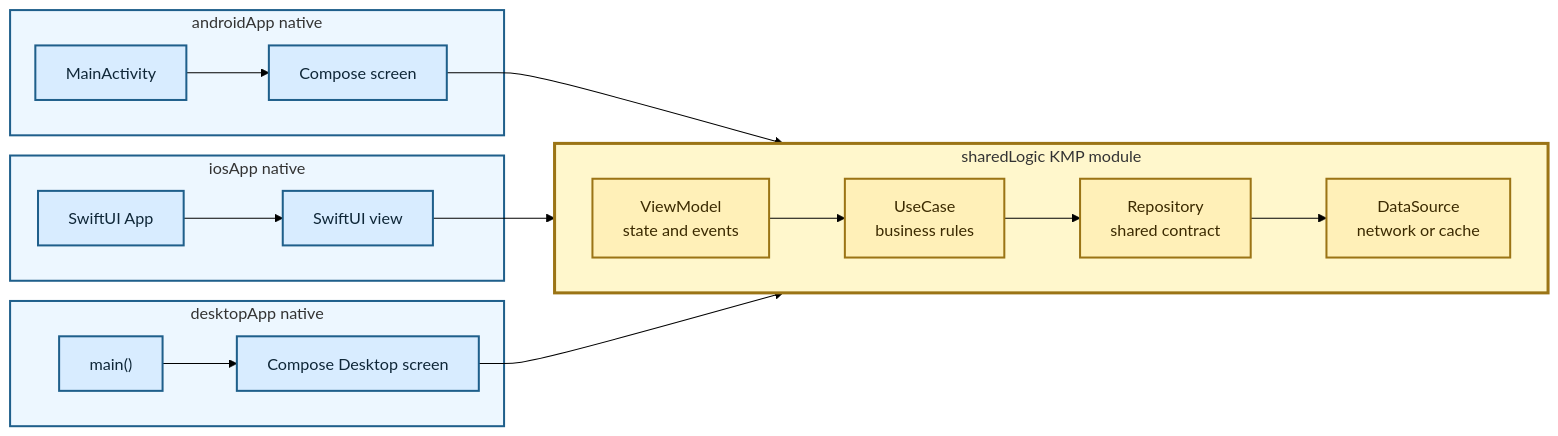
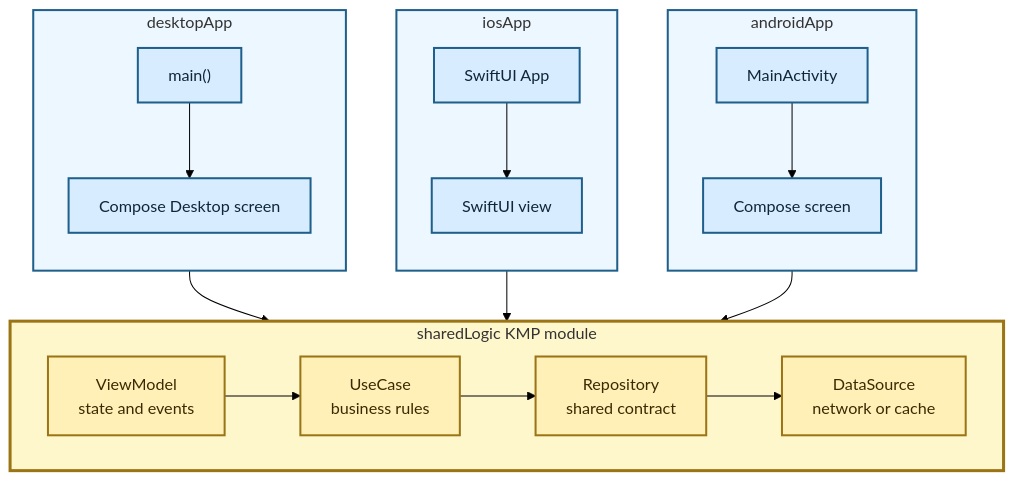
Before and after one commit to TheSetox/kmp-sample-diagrams: the diagram in diagrams/02-kmp-native-ui.md, drawn with Mermaid (forest theme). The commit also changed 19 other files, not shown here.

Commit message:
docs: align platform diagram boxes

````diff
--- a/diagrams/02-kmp-native-ui.md
+++ b/diagrams/02-kmp-native-ui.md
@@ -5,42 +5,45 @@
 ```mermaid
-flowchart LR
-  subgraph Android["androidApp native"]
+flowchart TB
+  subgraph Android["androidApp"]
+    direction TB
     AEntry["MainActivity"]
     AUI["Compose screen"]
     AEntry --> AUI
   end
 
-  subgraph IOS["iosApp native"]
+  subgraph IOS["iosApp"]
+    direction TB
     IEntry["SwiftUI App"]
     IUI["SwiftUI view"]
     IEntry --> IUI
   end
 
-  subgraph Desktop["desktopApp native"]
+  subgraph Desktop["desktopApp"]
+    direction TB
     DEntry["main()"]
     DUI["Compose Desktop screen"]
     DEntry --> DUI
   end
 
   subgraph KMP["sharedLogic KMP module"]
     direction LR
     VM["ViewModel\nstate and events"]
     UseCase["UseCase\nbusiness rules"]
     Repository["Repository\nshared contract"]
     DataSource["DataSource\nnetwork or cache"]
     VM --> UseCase --> Repository --> DataSource
   end
 
   AUI --> VM
   IUI --> VM
   DUI --> VM
 
   classDef app fill:#d8ecff,stroke:#1f5f8b,color:#0f2738,stroke-width:2px;
   classDef kmp fill:#fff0b8,stroke:#9b7415,color:#3b2a00,stroke-width:2px;
   class AEntry,AUI,IEntry,IUI,DEntry,DUI app;
   class VM,UseCase,Repository,DataSource kmp;
   style Android fill:#edf7ff,stroke:#1f5f8b,stroke-width:2px
   style IOS fill:#edf7ff,stroke:#1f5f8b,stroke-width:2px
   style Desktop fill:#edf7ff,stroke:#1f5f8b,stroke-width:2px
   style KMP fill:#fff7cc,stroke:#9b7415,stroke-width:3px
 ```
````
